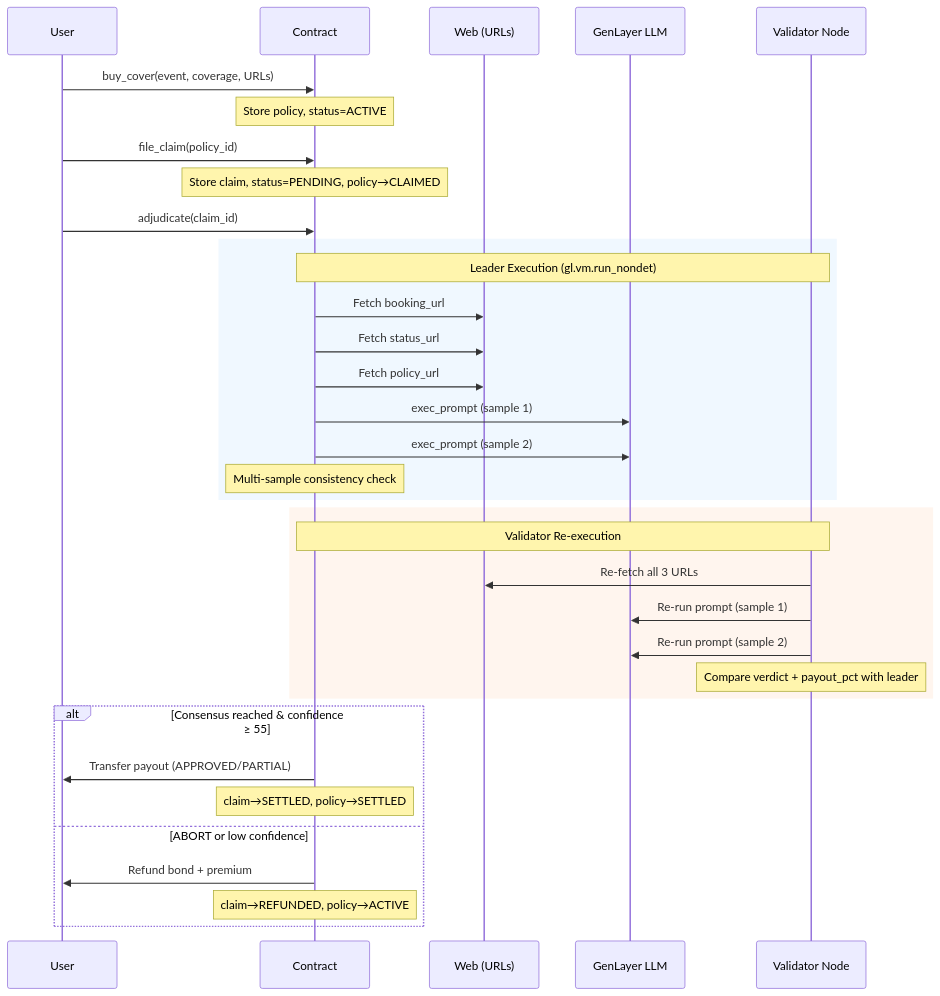
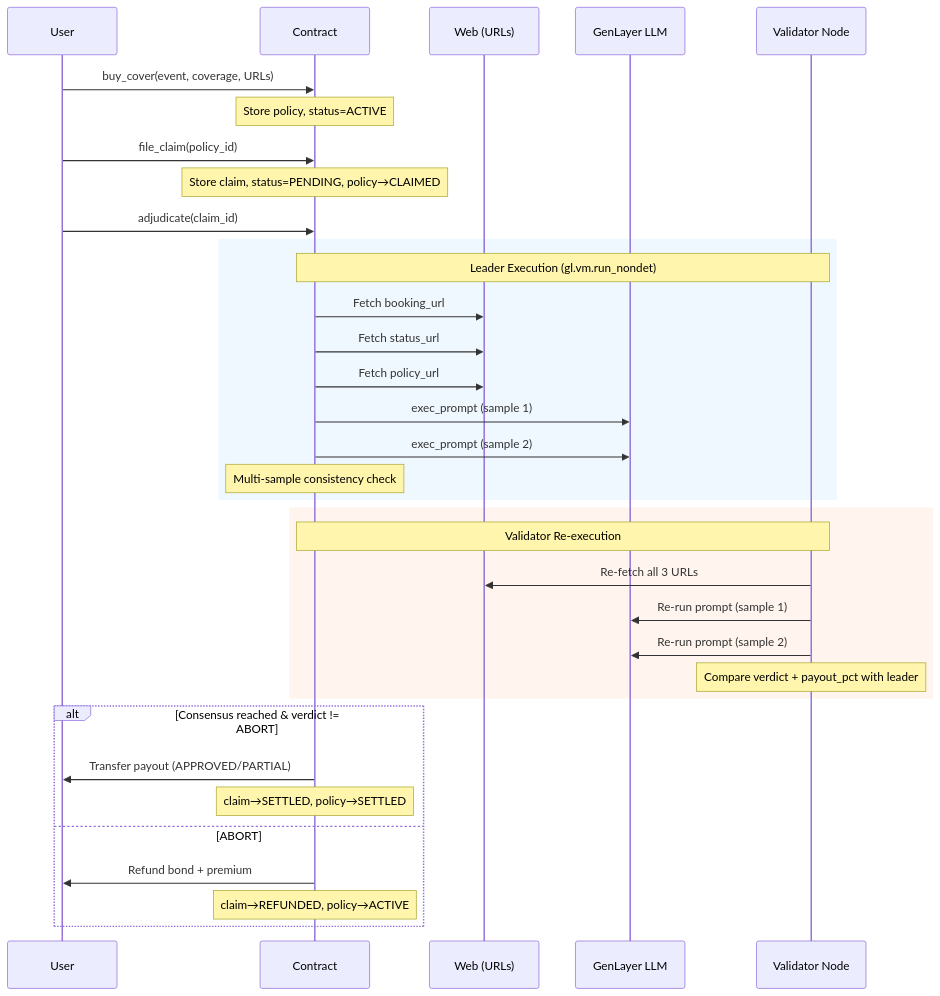
Before and after one commit to tuannguyen1995/parametric-flight-delay-insurance: the diagram in README.md, drawn with Mermaid. The commit also changed other lines of this file and 1 other file, not shown here.

Commit message:
Fix syntax error and unvalidated confidence logic

````diff
--- a/README.md
+++ b/README.md
@@ -28,42 +28,42 @@
 ```mermaid
 sequenceDiagram
     participant User
     participant Contract
     participant Web as Web (URLs)
     participant LLM as GenLayer LLM
     participant Validator as Validator Node
 
     User->>Contract: buy_cover(event, coverage, URLs)
     Note over Contract: Store policy, status=ACTIVE
 
     User->>Contract: file_claim(policy_id)
     Note over Contract: Store claim, status=PENDING, policy→CLAIMED
 
     User->>Contract: adjudicate(claim_id)
     
     rect rgb(240, 248, 255)
         Note over Contract,Validator: Leader Execution (gl.vm.run_nondet)
         Contract->>Web: Fetch booking_url
         Contract->>Web: Fetch status_url
         Contract->>Web: Fetch policy_url
         Contract->>LLM: exec_prompt (sample 1)
         Contract->>LLM: exec_prompt (sample 2)
         Note over Contract: Multi-sample consistency check
     end
 
     rect rgb(255, 245, 238)
         Note over Contract,Validator: Validator Re-execution
         Validator->>Web: Re-fetch all 3 URLs
         Validator->>LLM: Re-run prompt (sample 1)
         Validator->>LLM: Re-run prompt (sample 2)
         Note over Validator: Compare verdict + payout_pct with leader
     end
 
-    alt Consensus reached & confidence ≥ 55
+    alt Consensus reached & verdict != ABORT
         Contract->>User: Transfer payout (APPROVED/PARTIAL)
         Note over Contract: claim→SETTLED, policy→SETTLED
-    else ABORT or low confidence
+    else ABORT
         Contract->>User: Refund bond + premium
         Note over Contract: claim→REFUNDED, policy→ACTIVE
     end
 ```
````
